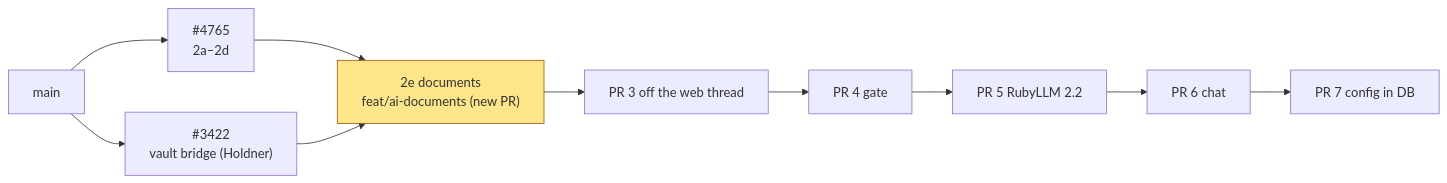
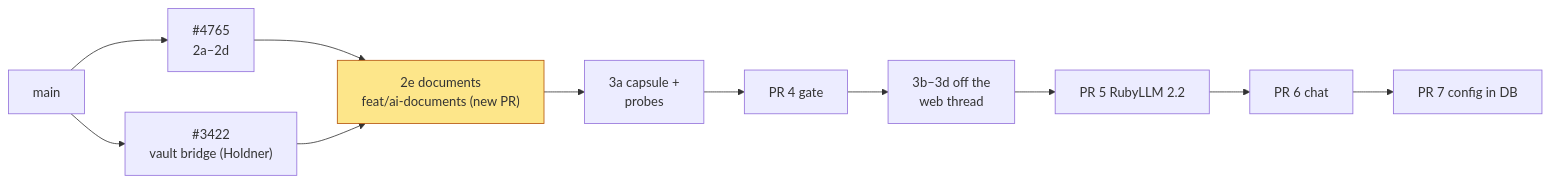
Before and after one commit to we-promise/sure: the first of 3 diagrams in docs/proposals/v0.8/pr-2e-documents.md, drawn with Mermaid. The commit also changed other lines of this file and 5 other files, not shown here.

````diff
--- a/docs/proposals/v0.8/pr-2e-documents.md
+++ b/docs/proposals/v0.8/pr-2e-documents.md
@@ -60,10 +60,10 @@
 ```mermaid
 flowchart LR
   M["main"] --> A["#4765<br/>2a–2d"]
   M --> V["#3422<br/>vault bridge (Holdner)"]
   A --> E["2e documents<br/>feat/ai-documents (new PR)"]
   V --> E
-  E --> P3["PR 3 off the web thread"] --> P4["PR 4 gate"] --> P5["PR 5 RubyLLM 2.2"] --> P6["PR 6 chat"] --> P7["PR 7 config in DB"]
+  E --> P3A["3a capsule +<br/>probes"] --> P4["PR 4 gate"] --> P3["3b–3d off the<br/>web thread"] --> P5["PR 5 RubyLLM 2.2"] --> P6["PR 6 chat"] --> P7["PR 7 config in DB"]
   classDef here fill:#fde68a,stroke:#b45309
   class E here
 ```
````
